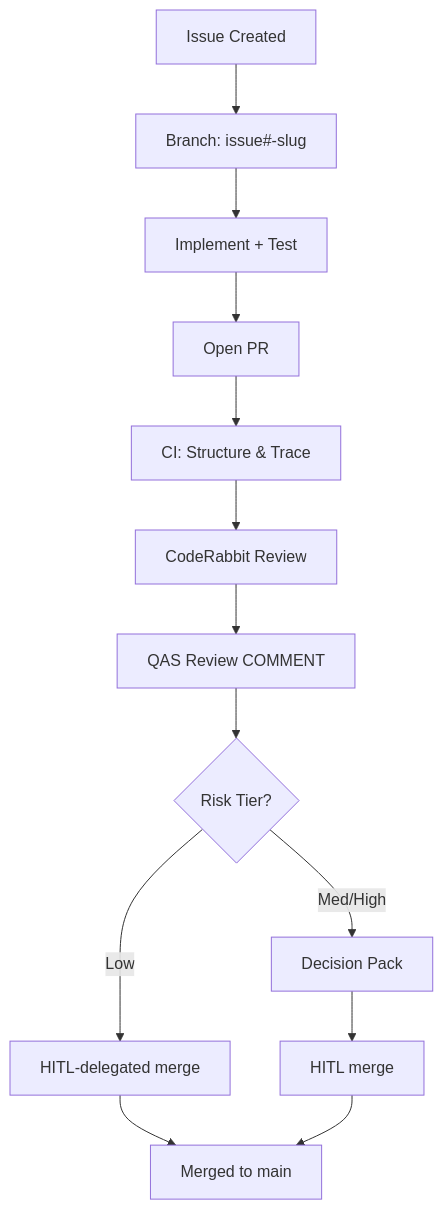
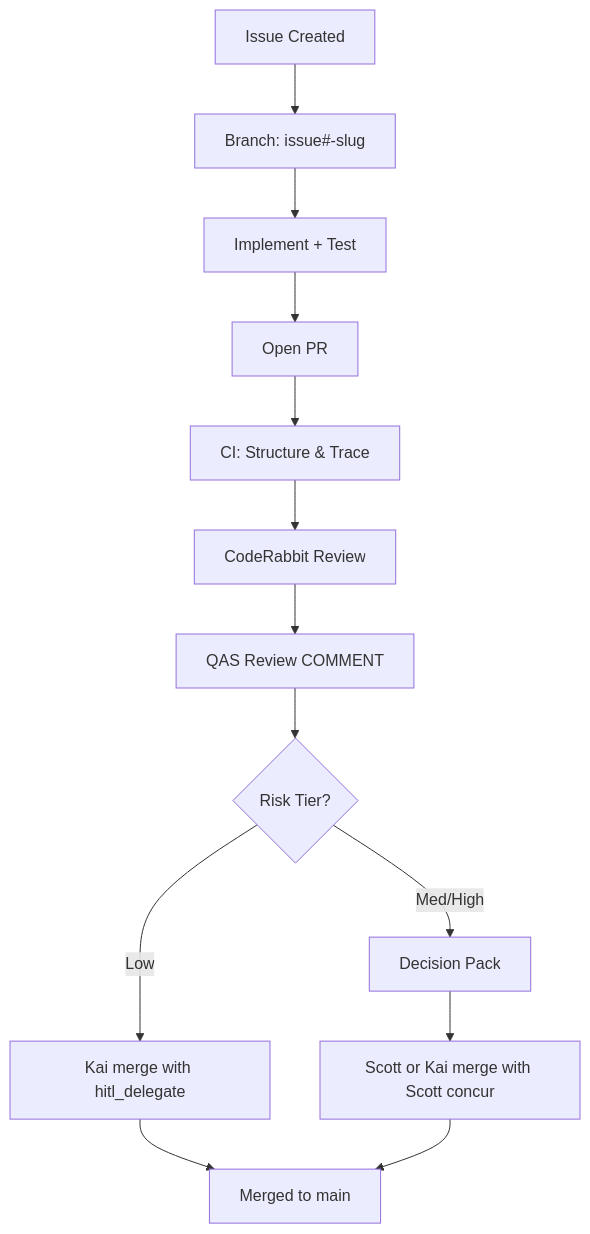
Before and after one commit to bybren-llc/safe-harness: the diagram in README.md, drawn with Mermaid. The commit also changed other lines of this file and 4 other files, not shown here.

````diff
--- a/README.md
+++ b/README.md
@@ -83,15 +83,15 @@
 ```mermaid
 graph TD
     A[Issue Created] --> B[Branch: issue#-slug]
     B --> C[Implement + Test]
     C --> D[Open PR]
     D --> E[CI: Structure & Trace]
     E --> F[CodeRabbit Review]
     F --> G[QAS Review COMMENT]
     G --> H{Risk Tier?}
-    H -->|Low| I[HITL-delegated merge]
+    H -->|Low| I[Kai merge with hitl_delegate]
     H -->|Med/High| J[Decision Pack]
-    J --> K[HITL merge]
+    J --> K[Scott or Kai merge with Scott concur]
     I --> L[Merged to main]
     K --> L
 ```
````
